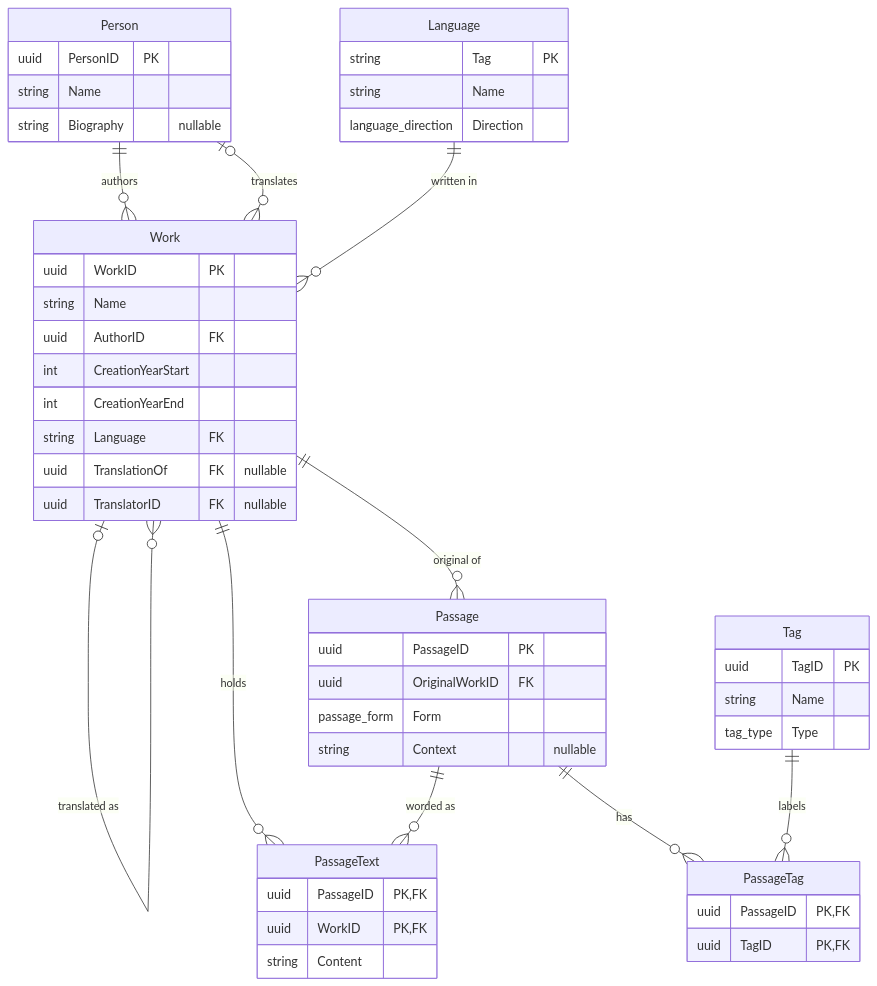
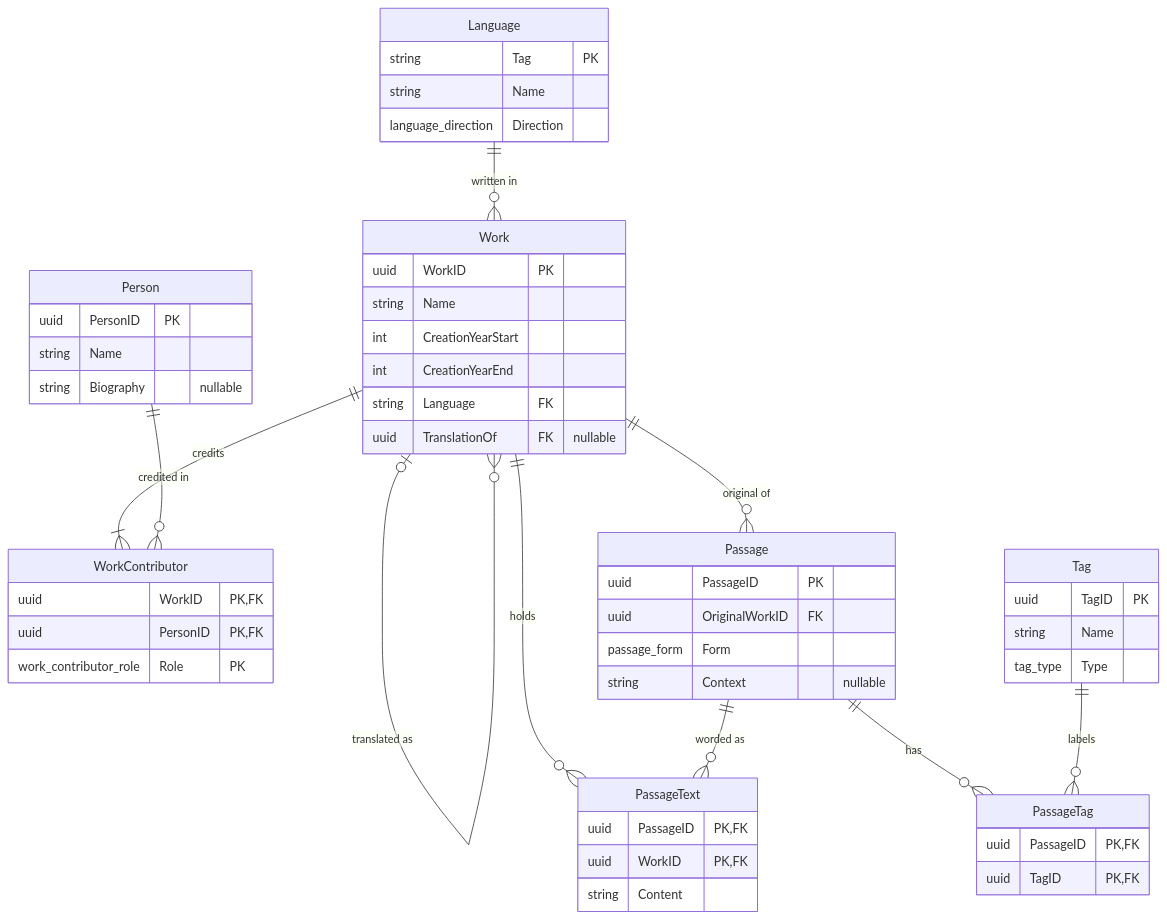
Before and after one commit to LucIlin/rites: the diagram in docs/02-data-model.md, drawn with Mermaid. The commit also changed other lines of this file and 3 other files, not shown here.

First line of the commit message:
docs: adopt schema revision 3 with WorkContributor (D-039 to D-042)

````diff
--- a/docs/02-data-model.md
+++ b/docs/02-data-model.md
@@ -23,53 +25,56 @@
 ```mermaid
 erDiagram
-    Person ||--o{ Work : "authors"
-    Person |o--o{ Work : "translates"
+    Work ||--|{ WorkContributor : "credits"
+    Person ||--o{ WorkContributor : "credited in"
     Language ||--o{ Work : "written in"
     Work |o--o{ Work : "translated as"
     Work ||--o{ Passage : "original of"
     Work ||--o{ PassageText : "holds"
     Passage ||--o{ PassageText : "worded as"
     Passage ||--o{ PassageTag : has
     Tag ||--o{ PassageTag : labels
 
     Person {
         uuid PersonID PK
         string Name
         string Biography "nullable"
     }
     Language {
         string Tag PK
         string Name
         language_direction Direction
     }
     Work {
         uuid WorkID PK
         string Name
-        uuid AuthorID FK
         int CreationYearStart
         int CreationYearEnd
         string Language FK
         uuid TranslationOf FK "nullable"
-        uuid TranslatorID FK "nullable"
+    }
+    WorkContributor {
+        uuid WorkID PK, FK
+        uuid PersonID PK, FK
+        work_contributor_role Role PK
     }
     Passage {
         uuid PassageID PK
         uuid OriginalWorkID FK
         passage_form Form
         string Context "nullable"
     }
     PassageText {
         uuid PassageID PK, FK
         uuid WorkID PK, FK
         string Content
     }
     Tag {
         uuid TagID PK
         string Name
         tag_type Type
     }
     PassageTag {
         uuid PassageID PK, FK
         uuid TagID PK, FK
     }
 ```
````
